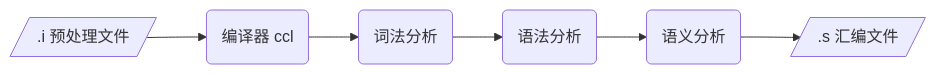
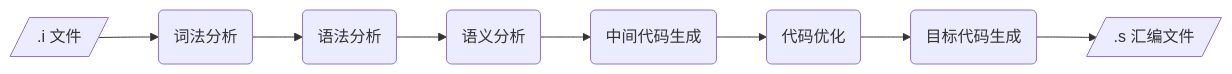
One commit to dmjcb/dmjcb.github.io changed the third of 9 diagrams in _posts/c_c++/compile/2021-06-15-编译过程.md. Above: the diagram before and after it, drawn with Mermaid. The commit also changed other lines of this file and 13 other files, not shown here.

````diff
--- a/_posts/c_c++/compile/2021-06-15-编译过程.md
+++ b/_posts/c_c++/compile/2021-06-15-编译过程.md
@@ -92,4 +98,4 @@
 ```mermaid
 graph LR;
-    A[/.i 预处理文件/]-->B(编译器 ccl)-->C(词法分析)-->D(语法分析)-->E(语义分析)-->S[/.s 汇编文件/]
+    A[/.i 文件/] --> B(词法分析) --> C(语法分析) --> D(语义分析) --> E(中间代码生成) --> F(代码优化) --> G(目标代码生成) --> H[/.s 汇编文件/]
 ```
````
